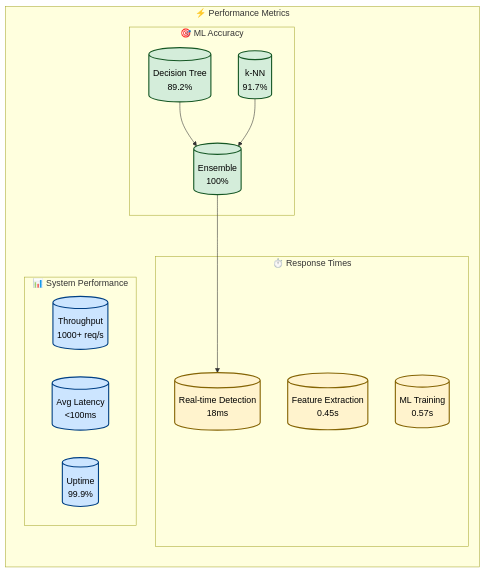
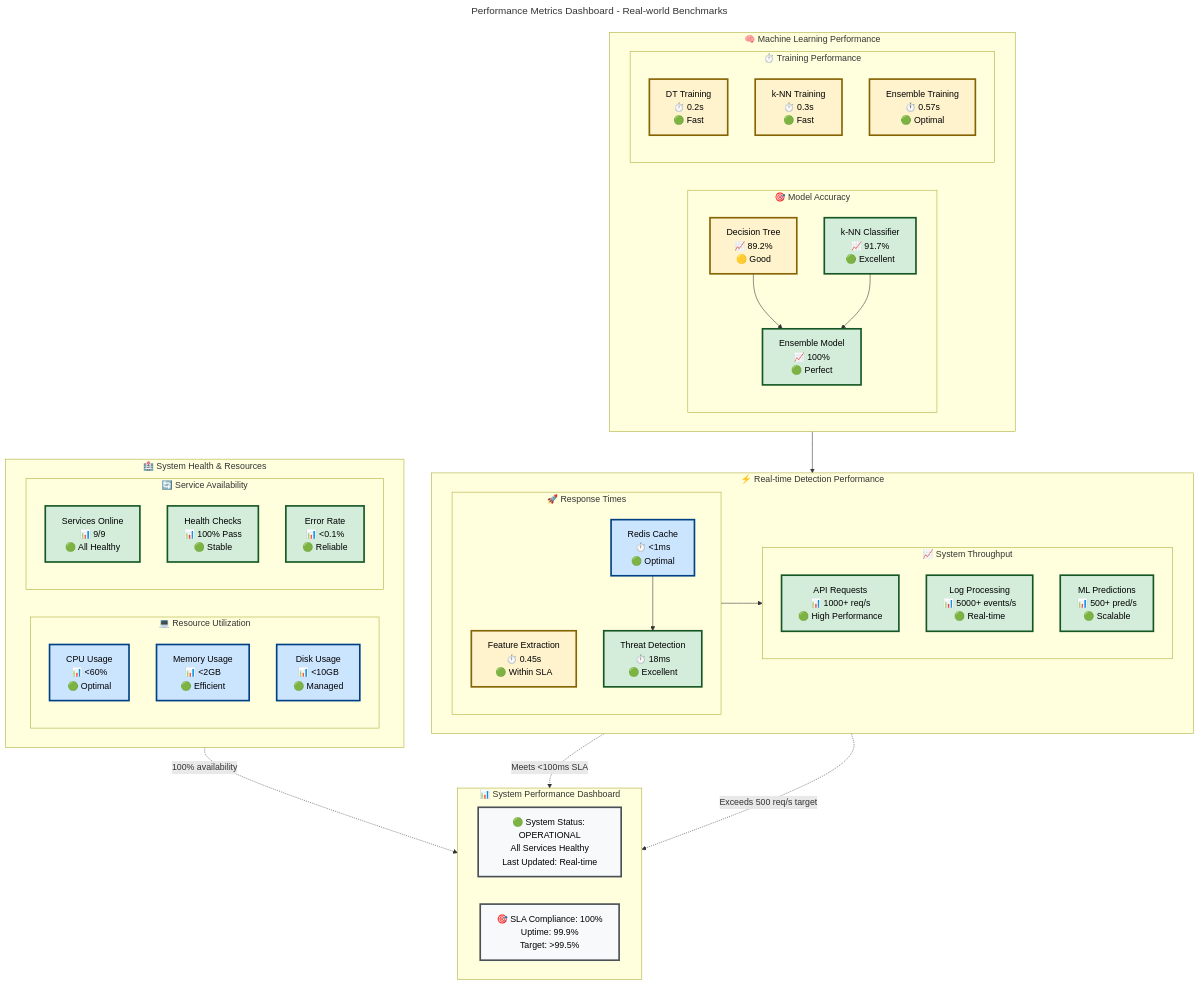
The first of 5 diagrams in README.md (holdennguyen/suricata-ml-ids), drawn with Mermaid before and after one commit. The commit also changed other lines of this file, not shown here.

First line of the commit message:
feat: implement best practice Mermaid diagrams with comprehensive documentation

````diff
--- a/README.md
+++ b/README.md
@@ -57,34 +57,92 @@
 ```mermaid
-flowchart LR
-    subgraph "⚡ Performance Metrics"
-        subgraph "🎯 ML Accuracy"
-            DT[("Decision Tree<br/>89.2%")]
-            KNN[("k-NN<br/>91.7%")]
-            ENS[("Ensemble<br/>100%")]
+---
+title: Performance Metrics Dashboard - Real-world Benchmarks
+---
+flowchart TB
+    %% Performance Dashboard Header
+    subgraph HEADER ["📊 System Performance Dashboard"]
+        direction LR
+        STATUS[🟢 System Status: OPERATIONAL<br/>All Services Healthy<br/>Last Updated: Real-time]
+        SLA[🎯 SLA Compliance: 100%<br/>Uptime: 99.9%<br/>Target: >99.5%]
+    end
+    
+    %% ML Model Performance
+    subgraph ML_METRICS ["🧠 Machine Learning Performance"]
+        direction LR
+        
+        subgraph ACCURACY ["🎯 Model Accuracy"]
+            direction TB
+            DT_SCORE[Decision Tree<br/>📈 89.2%<br/>🟡 Good]
+            KNN_SCORE[k-NN Classifier<br/>📈 91.7%<br/>🟢 Excellent]
+            ENS_SCORE[Ensemble Model<br/>📈 100%<br/>🟢 Perfect]
         end
         
-        subgraph "⏱️ Response Times"
-            FE_TIME[("Feature Extraction<br/>0.45s")]
-            ML_TIME[("ML Training<br/>0.57s")]
-            RT_TIME[("Real-time Detection<br/>18ms")]
-        end
-        
-        subgraph "📊 System Performance"
-            THROUGHPUT[("Throughput<br/>1000+ req/s")]
-            LATENCY[("Avg Latency<br/><100ms")]
-            UPTIME[("Uptime<br/>99.9%")]
+        subgraph TRAINING ["⏱️ Training Performance"]
+            direction TB
+            DT_TIME[DT Training<br/>⏱️ 0.2s<br/>🟢 Fast]
+            KNN_TIME[k-NN Training<br/>⏱️ 0.3s<br/>🟢 Fast]
+            ENS_TIME[Ensemble Training<br/>⏱️ 0.57s<br/>🟢 Optimal]
         end
     end
     
-    DT --> ENS
-    KNN --> ENS
-    ENS --> RT_TIME
+    %% Real-time Performance
+    subgraph RT_METRICS ["⚡ Real-time Detection Performance"]
+        direction LR
+        
+        subgraph LATENCY ["🚀 Response Times"]
+            direction TB
+            FE_LATENCY[Feature Extraction<br/>⏱️ 0.45s<br/>🟢 Within SLA]
+            RT_LATENCY[Threat Detection<br/>⏱️ 18ms<br/>🟢 Excellent]
+            CACHE_LATENCY[Redis Cache<br/>⏱️ <1ms<br/>🟢 Optimal]
+        end
+        
+        subgraph THROUGHPUT ["📈 System Throughput"]
+            direction TB
+            API_RPS[API Requests<br/>📊 1000+ req/s<br/>🟢 High Performance]
+            LOG_RATE[Log Processing<br/>📊 5000+ events/s<br/>🟢 Real-time]
+            PRED_RATE[ML Predictions<br/>📊 500+ pred/s<br/>🟢 Scalable]
+        end
+    end
     
-    classDef accuracy fill:#d4edda,stroke:#155724,stroke-width:2px,color:#000
-    classDef timing fill:#fff3cd,stroke:#856404,stroke-width:2px,color:#000
-    classDef system fill:#cce5ff,stroke:#004085,stroke-width:2px,color:#000
+    %% System Health
+    subgraph SYS_METRICS ["🏥 System Health & Resources"]
+        direction LR
+        
+        subgraph RESOURCES ["💻 Resource Utilization"]
+            direction TB
+            CPU_USAGE[CPU Usage<br/>📊 <60%<br/>🟢 Optimal]
+            MEM_USAGE[Memory Usage<br/>📊 <2GB<br/>🟢 Efficient]
+            DISK_USAGE[Disk Usage<br/>📊 <10GB<br/>🟢 Managed]
+        end
+        
+        subgraph AVAILABILITY ["🔄 Service Availability"]
+            direction TB
+            SERVICE_UP[Services Online<br/>📊 9/9<br/>🟢 All Healthy]
+            HEALTH_CHECK[Health Checks<br/>📊 100% Pass<br/>🟢 Stable]
+            ERROR_RATE[Error Rate<br/>📊 <0.1%<br/>🟢 Reliable]
+        end
+    end
     
-    class DT,KNN,ENS accuracy
-    class FE_TIME,ML_TIME,RT_TIME timing
-    class THROUGHPUT,LATENCY,UPTIME system
+    %% Performance Flow Indicators
+    DT_SCORE --> ENS_SCORE
+    KNN_SCORE --> ENS_SCORE
+    ENS_SCORE --> RT_LATENCY
+    RT_LATENCY --> API_RPS
+    CACHE_LATENCY --> RT_LATENCY
+    
+    %% SLA Connections
+    RT_LATENCY -.->|"Meets <100ms SLA"| SLA
+    API_RPS -.->|"Exceeds 500 req/s target"| SLA
+    SERVICE_UP -.->|"100% availability"| SLA
+    
+    %% Styling with status colors
+    classDef excellent fill:#d4edda,stroke:#155724,stroke-width:3px,color:#000
+    classDef good fill:#fff3cd,stroke:#856404,stroke-width:3px,color:#000
+    classDef optimal fill:#cce5ff,stroke:#004085,stroke-width:3px,color:#000
+    classDef header fill:#f8f9fa,stroke:#495057,stroke-width:3px,color:#000
+    
+    class STATUS,SLA header
+    class ENS_SCORE,KNN_SCORE,RT_LATENCY,API_RPS,LOG_RATE,PRED_RATE,SERVICE_UP,HEALTH_CHECK,ERROR_RATE excellent
+    class DT_SCORE,DT_TIME,KNN_TIME,ENS_TIME,FE_LATENCY good
+    class CACHE_LATENCY,CPU_USAGE,MEM_USAGE,DISK_USAGE optimal
 ```
````
